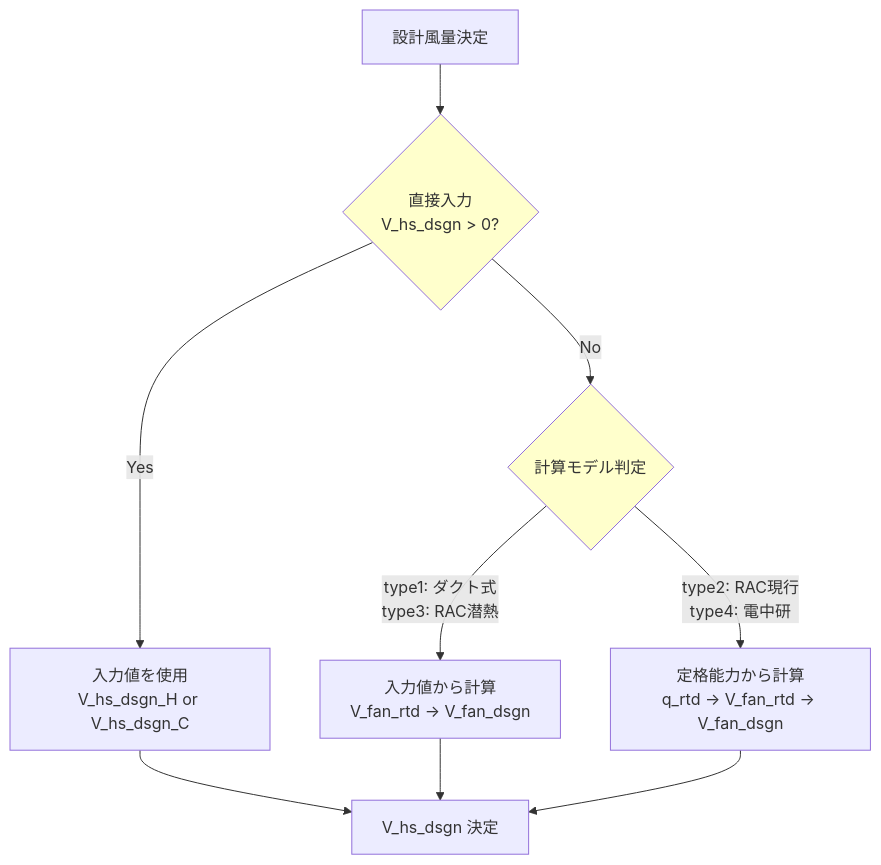
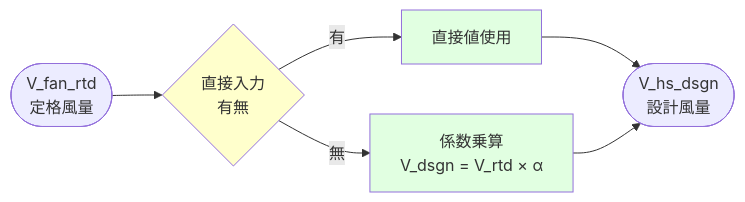
Before and after one commit to izumi-system-development/pyhees-jjj: the second of 6 diagrams in src/docs/プロセスモデル_消費電力計算_標準.md, drawn with Mermaid. The commit also changed other lines of this file, not shown here.

````diff
--- a/src/docs/プロセスモデル_消費電力計算_標準.md
+++ b/src/docs/プロセスモデル_消費電力計算_標準.md
@@ -86,19 +81,15 @@
 ```mermaid
-flowchart TD
-    Start[設計風量決定] --> Input{直接入力<br/>V_hs_dsgn > 0?}
-    
-    Input -->|Yes| Direct[入力値を使用<br/>V_hs_dsgn_H or V_hs_dsgn_C]
-    
-    Input -->|No| Type{計算モデル判定}
-    
-    Type -->|type1: ダクト式<br/>type3: RAC潜熱| UseInput[入力値から計算<br/>V_fan_rtd → V_fan_dsgn]
-    
-    Type -->|type2: RAC現行<br/>type4: 電中研| UseSpec[定格能力から計算<br/>q_rtd → V_fan_rtd → V_fan_dsgn]
-    
-    Direct --> Result[V_hs_dsgn 決定]
-    UseInput --> Result
-    UseSpec --> Result
-    
-    style Input fill:#ffffcc
-    style Type fill:#ffffcc
+flowchart LR
+
+Input([V_fan_rtd<br/>定格風量]) --> Check{直接入力<br/>有無}
+
+Check -->|有| Direct[直接値使用]
+Check -->|無| Calc[係数乗算<br/>V_dsgn = V_rtd × α]
+
+Direct --> Result([V_hs_dsgn<br/>設計風量])
+Calc --> Result
+
+style Check fill:#ffffcc
+style Direct fill:#e1ffe1
+style Calc fill:#e1ffe1
 ```
````
